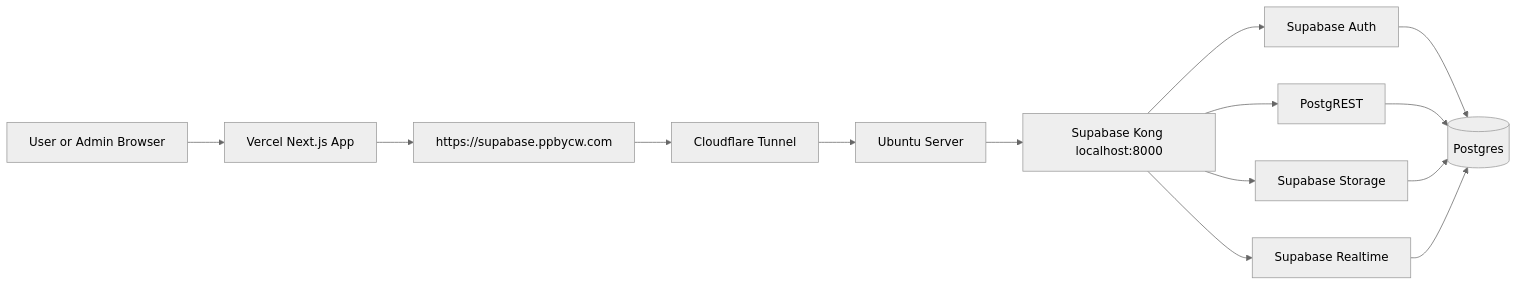
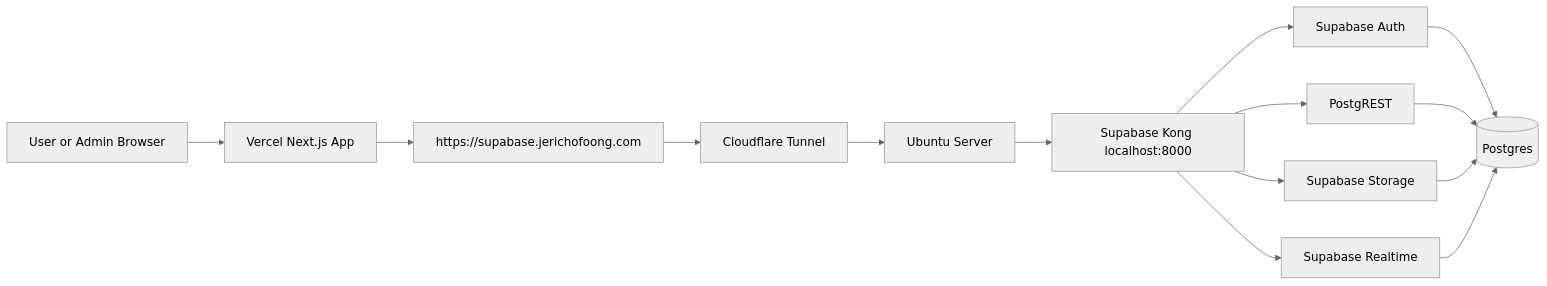
The diagram in docs/supabase/UBUNTU_SERVER_SUPABASE_HOSTING_GUIDE.md (jericho0521/reservation-app), drawn with Mermaid (neutral theme) before and after one commit. The commit also changed other lines of this file and 9 other files, not shown here.

Commit message:
docs: standardize Supabase public endpoint

````diff
--- a/docs/supabase/UBUNTU_SERVER_SUPABASE_HOSTING_GUIDE.md
+++ b/docs/supabase/UBUNTU_SERVER_SUPABASE_HOSTING_GUIDE.md
@@ -819,16 +819,16 @@
 ```mermaid
 flowchart LR
     Browser[User or Admin Browser] --> Vercel[Vercel Next.js App]
-    Vercel --> PublicSupabase[https://supabase.ppbycw.com]
+    Vercel --> PublicSupabase[https://supabase.jerichofoong.com]
     PublicSupabase --> Cloudflare[Cloudflare Tunnel]
     Cloudflare --> Ubuntu[Ubuntu Server]
     Ubuntu --> Kong[Supabase Kong localhost:8000]
     Kong --> Auth[Supabase Auth]
     Kong --> Rest[PostgREST]
     Kong --> Storage[Supabase Storage]
     Kong --> Realtime[Supabase Realtime]
     Auth --> Postgres[(Postgres)]
     Rest --> Postgres
     Storage --> Postgres
     Realtime --> Postgres
 ```
````
